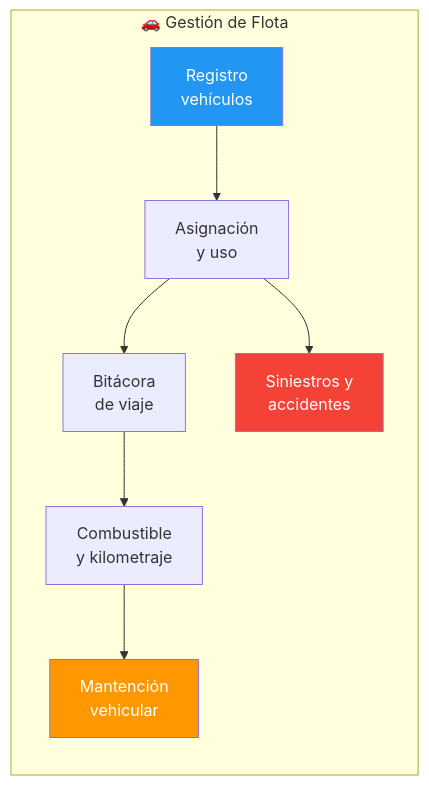
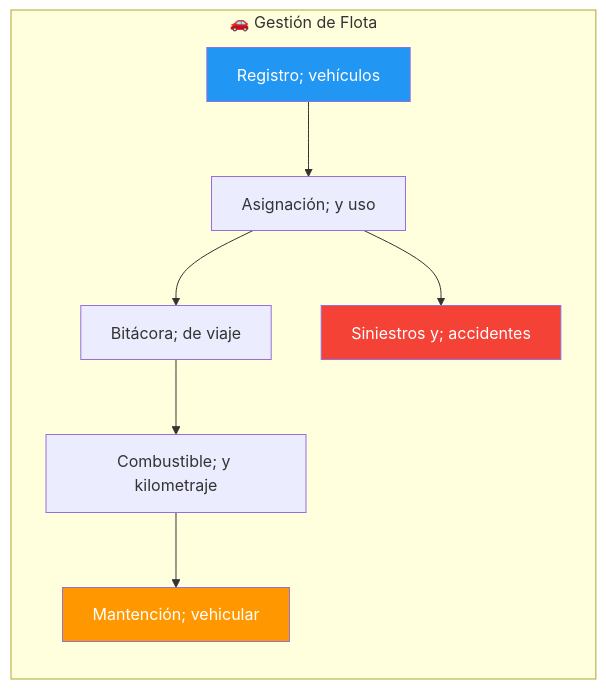
The first of 7 diagrams in drafts/gn/bpmn/bpmn-d06-flota-vehicular.md (felix-antonio-sl/kora), drawn with Mermaid before and after one commit. The commit also changed other lines of this file and 265 other files, not shown here.

````diff
--- a/drafts/gn/bpmn/bpmn-d06-flota-vehicular.md
+++ b/drafts/gn/bpmn/bpmn-d06-flota-vehicular.md
@@ -71,17 +63,19 @@
 ```mermaid
 flowchart LR
-    subgraph CICLO_FLOTA["🚗 Gestión de Flota"]
-        S1["Registro<br/>vehículos"]
-        S2["Asignación<br/>y uso"]
-        S3["Bitácora<br/>de viaje"]
-        S4["Combustible<br/>y kilometraje"]
-        S5["Mantención<br/>vehicular"]
-        S6["Siniestros y<br/>accidentes"]
-    end
-    S1 --> S2 --> S3 --> S4
-    S4 --> S5
-    S2 --> S6
-    style S1 fill:#2196F3,color:#fff
-    style S5 fill:#FF9800,color:#fff
-    style S6 fill:#f44336,color:#fff
+ subgraph CICLO_FLOTA["🚗 Gestión de Flota"]
+ S1["Registro; vehículos"]
+ S2["Asignación; y uso"]
+ S3["Bitácora; de viaje"]
+ S4["Combustible; y kilometraje"]
+ S5["Mantención; vehicular"]
+ S6["Siniestros y; accidentes"]
+ end
+
+ S1 --> S2 --> S3 --> S4
+ S4 --> S5
+ S2 --> S6
+
+ style S1 fill:#2196F3,color:#fff
+ style S5 fill:#FF9800,color:#fff
+ style S6 fill:#f44336,color:#fff
 ```
````
